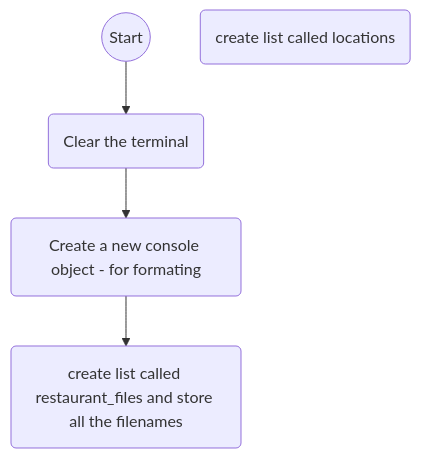
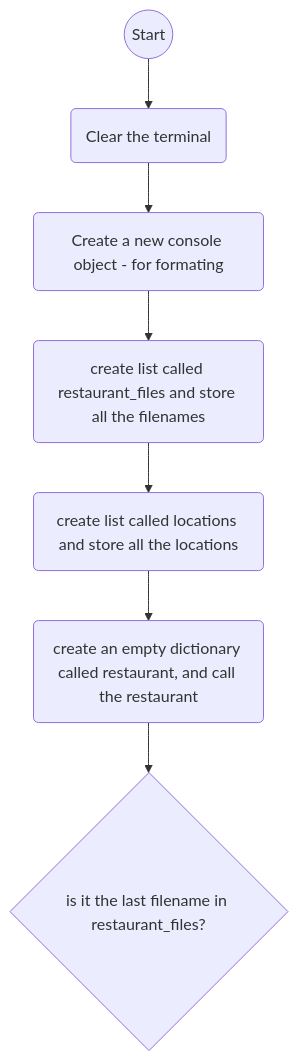
One commit to asdcf35/classwork changed the diagram in Error Journaling/Error_Journaling.md. Above: the diagram before and after it, drawn with Mermaid.

Commit message:
May 12, 2024, 4:01 PM

````diff
--- a/Error Journaling/Error_Journaling.md
+++ b/Error Journaling/Error_Journaling.md
@@ -1,14 +1,23 @@
 ```mermaid
 flowchart
 %% the actual pieces
     start((Start))
     clear(Clear the terminal)
     console(Create a new console object - for formating)
-    restaurantFilenames(create list called restaurant_files and store all the filenames )
-    locations(create list called locations)
-    
+    restaurantFilenames(create list called restaurant_files and store all the filenames)
+    locations(create list called locations and store all the locations)
+    restaurantObjects(create an empty dictionary called restaurant, and call the restaurant)
+    lastInRestaurantFiles{is it the last filename in restaurant_files?}    
 %% connections
+
+%%initial variables 
 start --> clear
 clear --> console
 console --> restaurantFilenames
+restaurantFilenames --> locations
+locations --> restaurantObjects
+
+%% setting up the restaurants
+restaurantObjects --> lastInRestaurantFiles
+lastInRestaurantFiles
 ```
````
